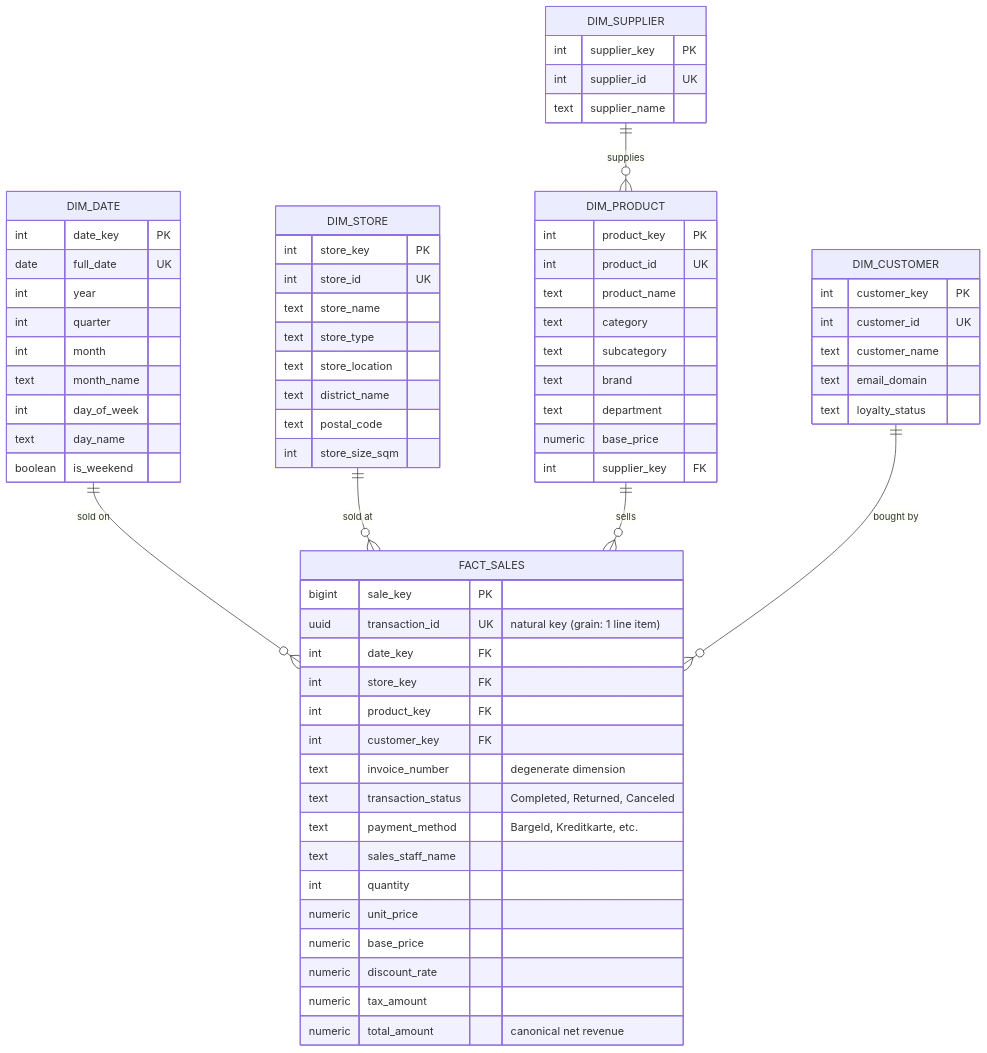
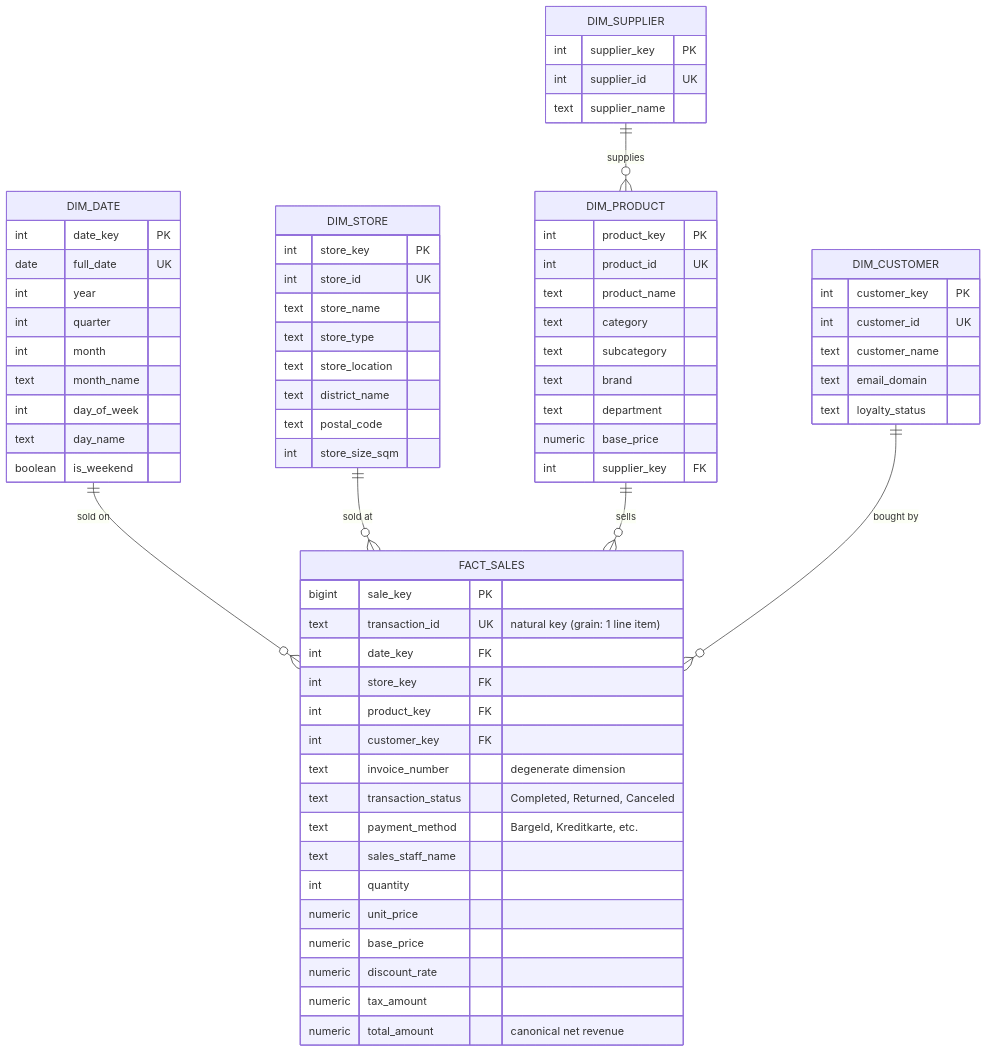
One commit to Amrf51/munich-retail-dwh changed the diagram in docs/erd.md. Above: the diagram before and after it, drawn with Mermaid. The commit also changed 7 other files, not shown here.

Commit message:
schemas and project dependancies

````diff
--- a/docs/erd.md
+++ b/docs/erd.md
@@ -7,76 +7,76 @@
 ```mermaid
 erDiagram
     DIM_DATE     ||--o{ FACT_SALES : "sold on"
     DIM_STORE    ||--o{ FACT_SALES : "sold at"
     DIM_PRODUCT  ||--o{ FACT_SALES : "sells"
     DIM_CUSTOMER ||--o{ FACT_SALES : "bought by"
     DIM_SUPPLIER ||--o{ DIM_PRODUCT : "supplies"
 
     FACT_SALES {
         bigint   sale_key           PK
-        uuid     transaction_id     UK "natural key (grain: 1 line item)"
+        text     transaction_id     UK "natural key (grain: 1 line item)"
         int      date_key           FK
         int      store_key          FK
         int      product_key        FK
         int      customer_key       FK
         text     invoice_number        "degenerate dimension"
         text     transaction_status    "Completed, Returned, Canceled"
         text     payment_method        "Bargeld, Kreditkarte, etc."
         text     sales_staff_name
         int      quantity
         numeric  unit_price
         numeric  base_price
         numeric  discount_rate
         numeric  tax_amount
         numeric  total_amount          "canonical net revenue"
     }
 
     DIM_DATE {
         int     date_key      PK
         date    full_date     UK
         int     year
         int     quarter
         int     month
         text    month_name
         int     day_of_week
         text    day_name
         boolean is_weekend
     }
 
     DIM_STORE {
         int  store_key      PK
         int  store_id       UK
         text store_name
         text store_type
         text store_location
         text district_name
         text postal_code
         int  store_size_sqm
     }
 
     DIM_PRODUCT {
         int     product_key     PK
         int     product_id      UK
         text    product_name
         text    category
         text    subcategory
         text    brand
         text    department
         numeric base_price
         int     supplier_key    FK
     }
 
     DIM_SUPPLIER {
         int  supplier_key   PK
         int  supplier_id    UK
         text supplier_name
     }
 
     DIM_CUSTOMER {
         int  customer_key   PK
         int  customer_id    UK
         text customer_name
         text email_domain
         text loyalty_status
     }
 ```
````
